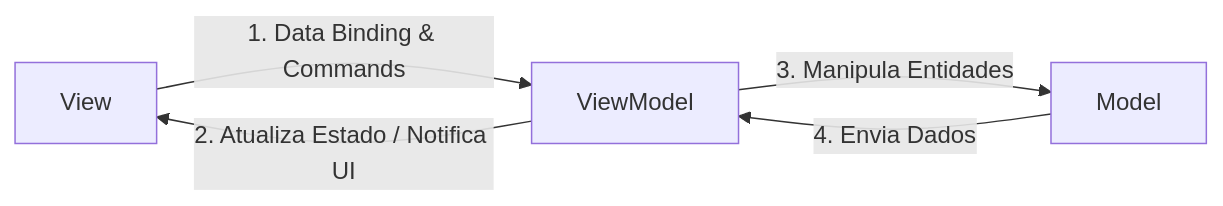
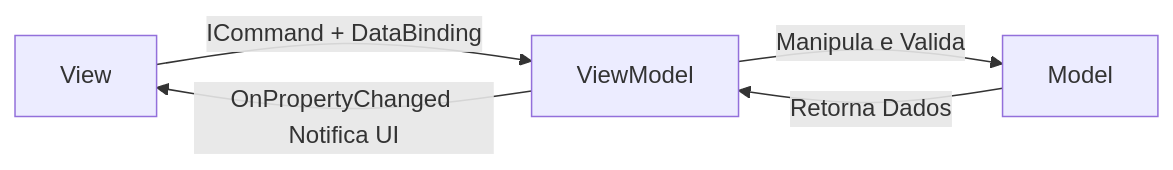
One commit to NicolasOlim/Ivec_Green_Ledger changed the second of 2 diagrams in README.md. Above: the diagram before and after it, drawn with Mermaid. The commit also changed other lines of this file, not shown here.

````diff
--- a/README.md
+++ b/README.md
@@ -442,7 +440,7 @@
 ```mermaid
 graph LR
-    View -- 1. Data Binding & Commands --> ViewModel
-    ViewModel -- 2. Atualiza Estado / Notifica UI --> View
-    ViewModel -- 3. Manipula Entidades --> Model
-    Model -- 4. Envia Dados --> ViewModel
+    View -- ICommand + DataBinding --> ViewModel
+    ViewModel -- OnPropertyChanged Notifica UI --> View
+    ViewModel -- Manipula e Valida --> Model
+    Model -- Retorna Dados --> ViewModel
 ```
````
